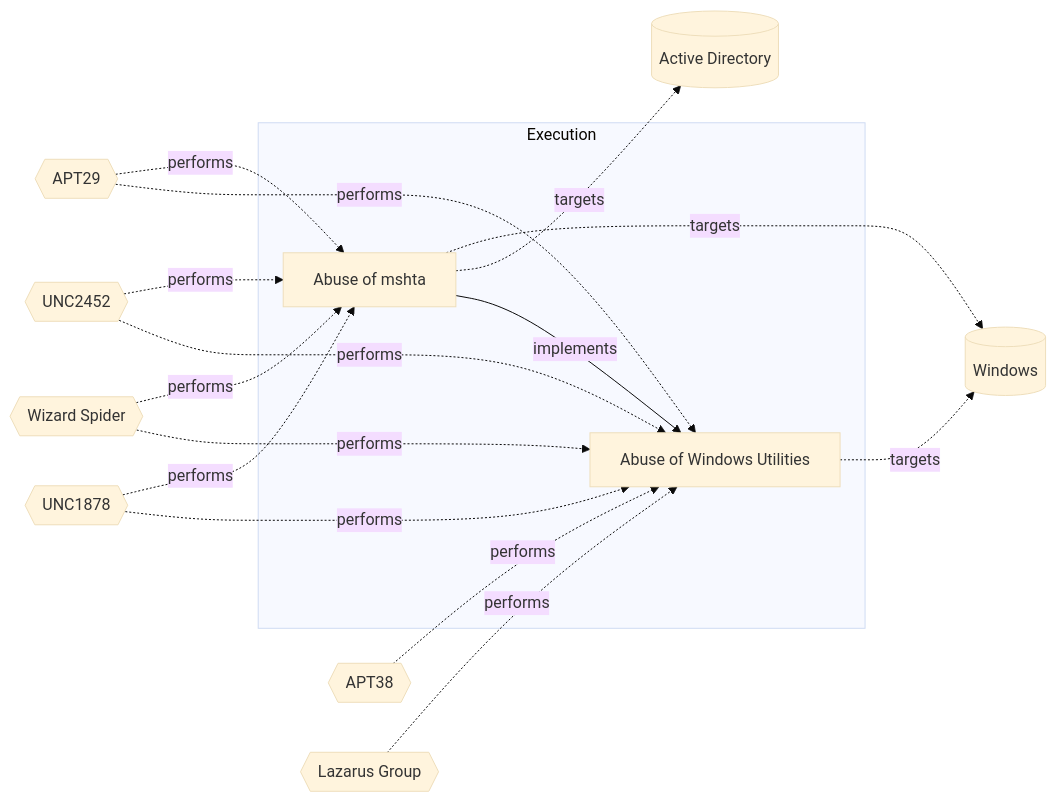
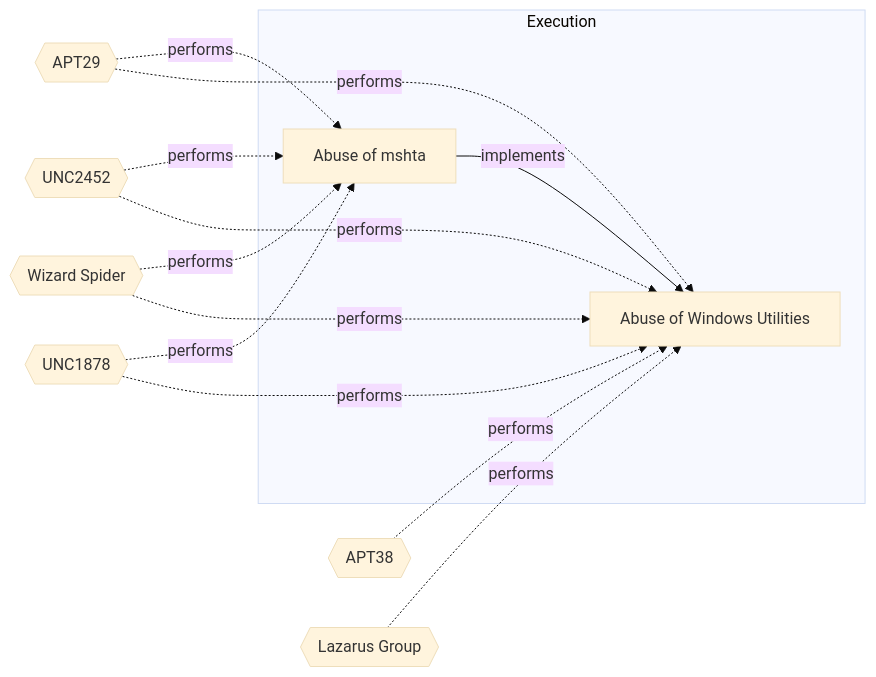
Before and after one commit to OpenTideHQ/WikiTide: the diagram in Models/Threat Vectors/☣️ Abuse of mshta.md, drawn with Mermaid (base theme). The commit also changed other lines of this file and 232 other files, not shown here.

````diff
--- a/Models/Threat Vectors/☣️ Abuse of mshta.md
+++ b/Models/Threat Vectors/☣️ Abuse of mshta.md
@@ -84,38 +84,33 @@
 ```mermaid
 
 flowchart LR
 
 767f10bd-1947-44e3-b999-5fbf50d99027[Abuse of mshta]
 d5039f2c-9fcc-4ba3-ad6a-da8c891ba745[Abuse of Windows Utilities]
 
 subgraph Execution
 767f10bd-1947-44e3-b999-5fbf50d99027
 d5039f2c-9fcc-4ba3-ad6a-da8c891ba745
 end
 
-Windows[(Windows)]
-ActiveDirectory[(Active Directory)]
 APT29{{APT29}}
 UNC2452{{UNC2452}}
 WizardSpider{{Wizard Spider}}
 UNC1878{{UNC1878}}
 APT38{{APT38}}
 LazarusGroup{{Lazarus Group}}
 
-767f10bd-1947-44e3-b999-5fbf50d99027 -.->|targets| Windows
-767f10bd-1947-44e3-b999-5fbf50d99027 -.->|targets| ActiveDirectory
-d5039f2c-9fcc-4ba3-ad6a-da8c891ba745 -.->|targets| Windows
 APT29 -.-> |performs| 767f10bd-1947-44e3-b999-5fbf50d99027
 UNC2452 -.-> |performs| 767f10bd-1947-44e3-b999-5fbf50d99027
 WizardSpider -.-> |performs| 767f10bd-1947-44e3-b999-5fbf50d99027
 UNC1878 -.-> |performs| 767f10bd-1947-44e3-b999-5fbf50d99027
 APT29 -.-> |performs| d5039f2c-9fcc-4ba3-ad6a-da8c891ba745
 UNC2452 -.-> |performs| d5039f2c-9fcc-4ba3-ad6a-da8c891ba745
 WizardSpider -.-> |performs| d5039f2c-9fcc-4ba3-ad6a-da8c891ba745
 UNC1878 -.-> |performs| d5039f2c-9fcc-4ba3-ad6a-da8c891ba745
 APT38 -.-> |performs| d5039f2c-9fcc-4ba3-ad6a-da8c891ba745
 LazarusGroup -.-> |performs| d5039f2c-9fcc-4ba3-ad6a-da8c891ba745
 
 767f10bd-1947-44e3-b999-5fbf50d99027 -->|implements| d5039f2c-9fcc-4ba3-ad6a-da8c891ba745
 
 ```
````
